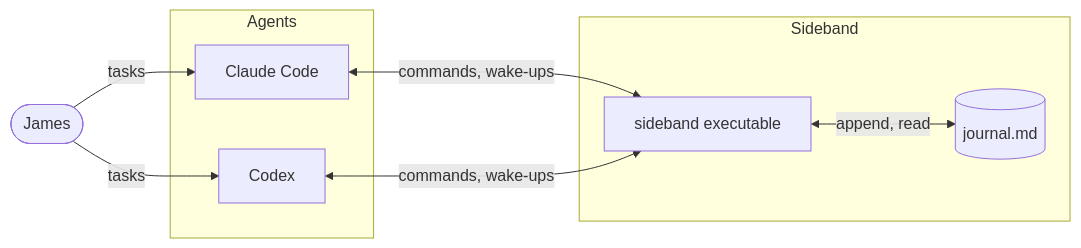
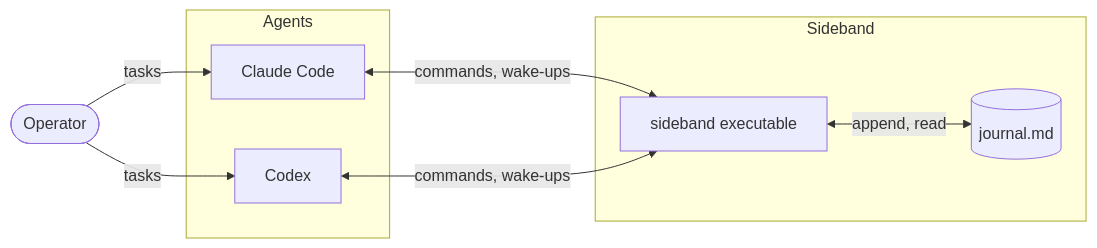
Before and after one commit to moltenbits/sideband: the first of 2 diagrams in README.md, drawn with Mermaid. The commit also changed other lines of this file and 27 other files, not shown here.

````diff
--- a/README.md
+++ b/README.md
@@ -42,18 +44,18 @@
 ```mermaid
 flowchart LR
-    James(["James"])
+    Operator(["Operator"])
     subgraph Agents
         Claude["Claude Code"]
         Codex["Codex"]
     end
     subgraph Sideband
         Bin["sideband executable"]
         Journal[("journal.md")]
     end
 
-    James -- tasks --> Claude
-    James -- tasks --> Codex
+    Operator -- tasks --> Claude
+    Operator -- tasks --> Codex
     Claude <-- "commands, wake-ups" --> Bin
     Codex <-- "commands, wake-ups" --> Bin
     Bin <-- "append, read" --> Journal
 ```
````
